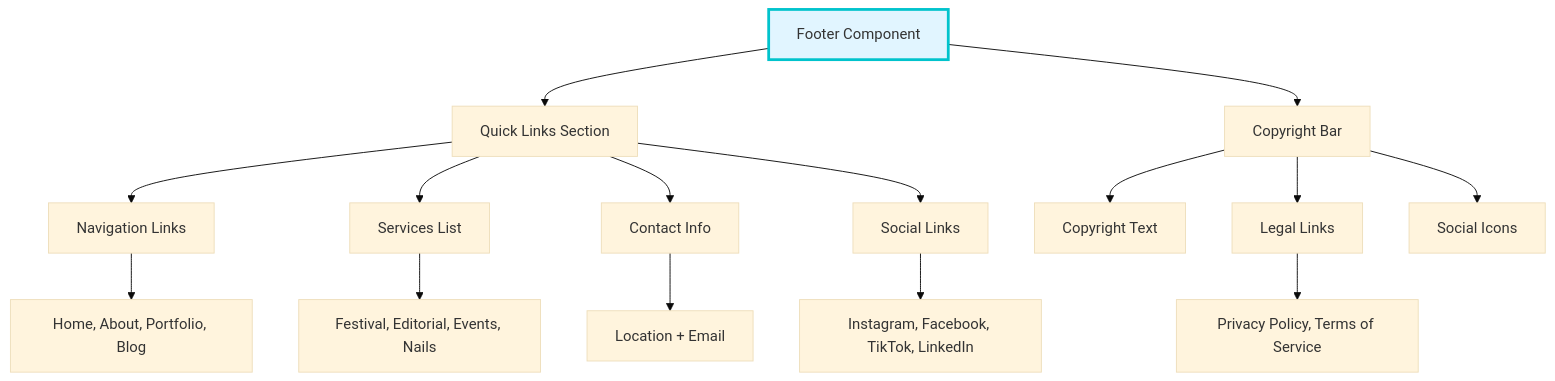
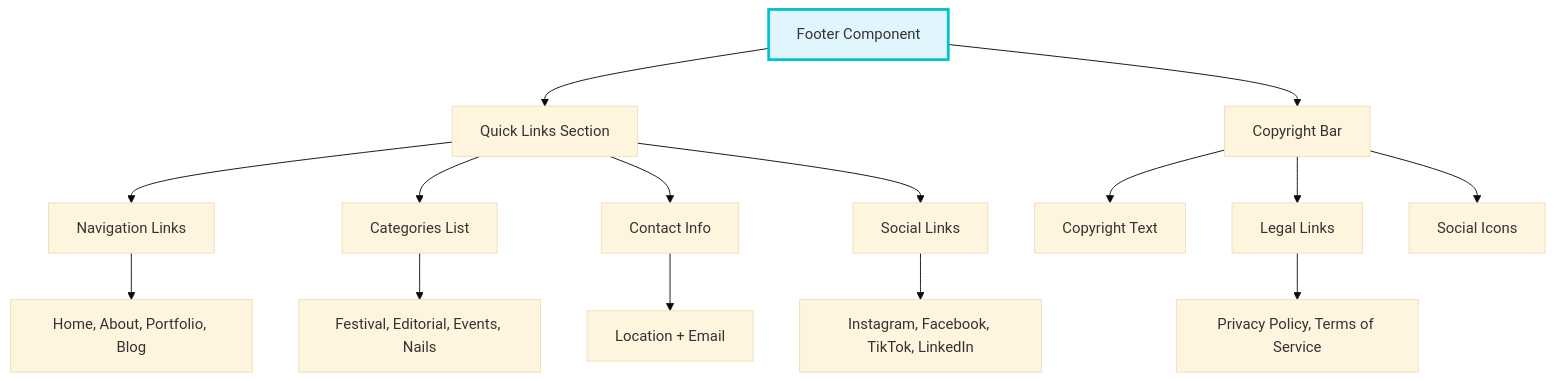
Before and after one commit to lightspeedwp/ashmakeup: the first of 2 diagrams in src/guidelines/components/Footer.md, drawn with Mermaid (base theme). The commit also changed other lines of this file and 304 other files, not shown here.

````diff
--- a/src/guidelines/components/Footer.md
+++ b/src/guidelines/components/Footer.md
@@ -452,23 +452,23 @@
 ```mermaid
 flowchart TD
     A[Footer Component] --> C[Quick Links Section]
     A --> D[Copyright Bar]
     
     C --> M[Navigation Links]
-    C --> N[Services List]
+    C --> N[Categories List]
     C --> O[Contact Info]
     C --> P[Social Links]
     
     M --> Q[Home, About, Portfolio, Blog]
     N --> R[Festival, Editorial, Events, Nails]
     O --> S[Location + Email]
     P --> T[Instagram, Facebook, TikTok, LinkedIn]
     
     D --> U[Copyright Text]
     D --> V[Legal Links]
     D --> W[Social Icons]
     
     V --> X[Privacy Policy, Terms of Service]
     
     style A fill:#e1f5ff,stroke:#01c3cc,stroke-width:3px
 ```
````
